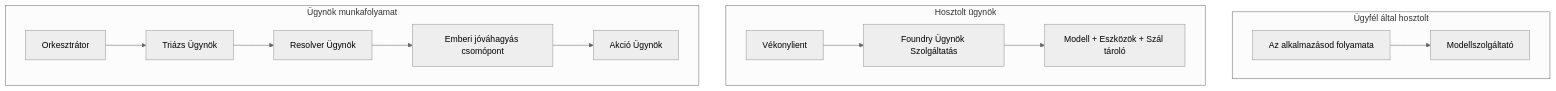
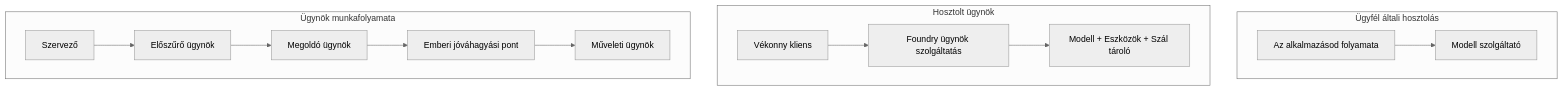
The first of 4 diagrams in mirrors/repos/microsoft@ai-agents-for-beginners/translations/hu/16-deploying-scalable-agents/README.md (gabrielmoreira/agent-skills-mirror), drawn with Mermaid (neutral theme) before and after one commit. The commit also changed other lines of this file and 4262 other files, not shown here.

````diff
--- a/mirrors/repos/microsoft@ai-agents-for-beginners/translations/hu/16-deploying-scalable-agents/README.md
+++ b/mirrors/repos/microsoft@ai-agents-for-beginners/translations/hu/16-deploying-scalable-agents/README.md
@@ -87,16 +87,16 @@
 ```mermaid
 flowchart TB
-    subgraph P1[Ügyfél által hosztolt]
-        A1[Az alkalmazásod folyamata] --> M1[Modellszolgáltató]
+    subgraph P1[Ügyfél általi hosztolás]
+        A1[Az alkalmazásod folyamata] --> M1[Modell szolgáltató]
     end
     subgraph P2[Hosztolt ügynök]
-        A2[Vékonylient] --> F2[Foundry Ügynök Szolgáltatás]
+        A2[Vékonny kliens] --> F2[Foundry ügynök szolgáltatás]
         F2 --> M2[Modell + Eszközök + Szál tároló]
     end
-    subgraph P3[Ügynök munkafolyamat]
-        A3[Orkesztrátor] --> S1[Triázs Ügynök]
-        S1 --> S2[Resolver Ügynök]
-        S2 --> H[Emberi jóváhagyás csomópont]
-        H --> S3[Akció Ügynök]
+    subgraph P3[Ügynök munkafolyamata]
+        A3[Szervező] --> S1[Előszűrő ügynök]
+        S1 --> S2[Megoldó ügynök]
+        S2 --> H[Emberi jóváhagyási pont]
+        H --> S3[Műveleti ügynök]
     end
 ```
````
